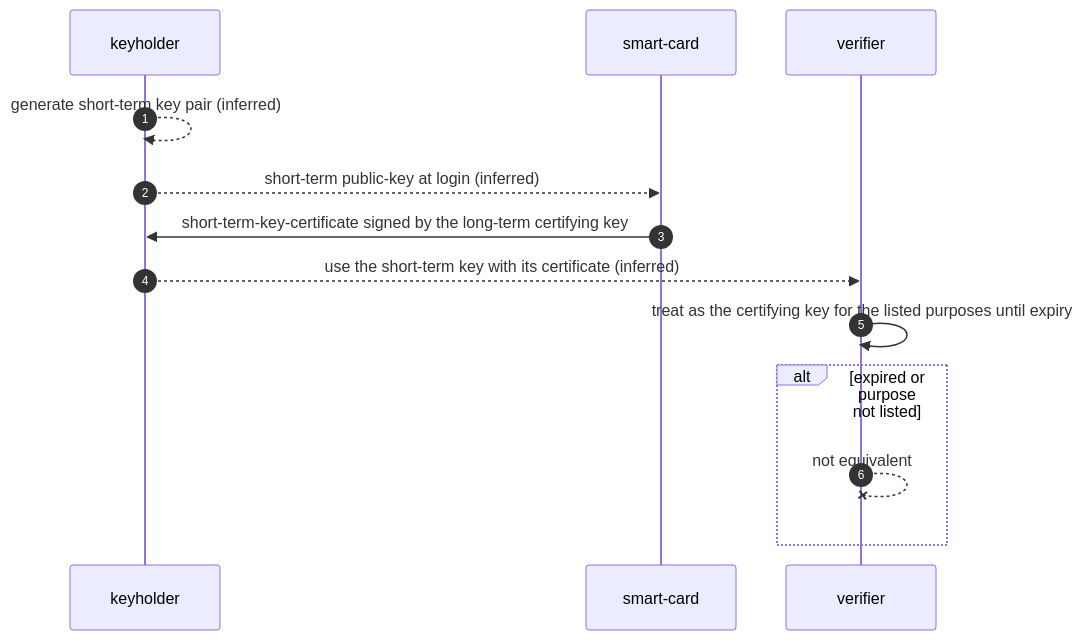
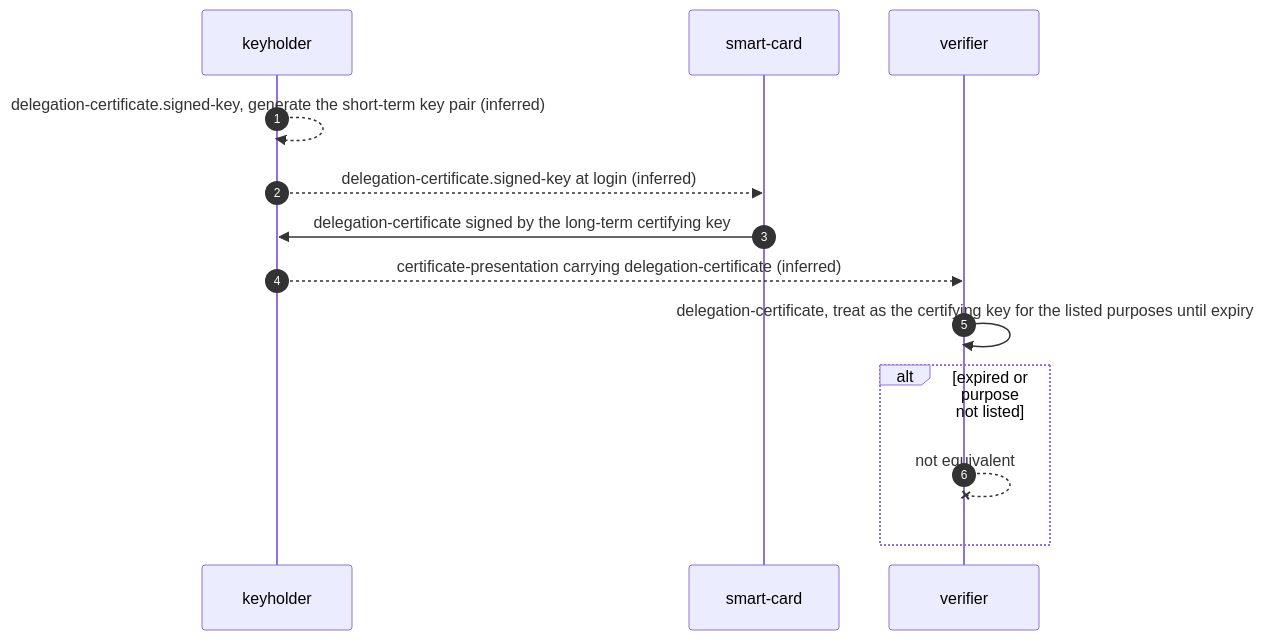
Diagram 16 of 26 in records/ietf/rfc-2692/distilled/protocol.md (m-of-n/library), drawn with Mermaid before and after one commit. The commit also changed other lines of this file and 9 other files, not shown here.

````diff
--- a/records/ietf/rfc-2692/distilled/protocol.md
+++ b/records/ietf/rfc-2692/distilled/protocol.md
@@ -490,15 +502,15 @@
 ```mermaid
 sequenceDiagram
   autonumber
   participant K as keyholder
   participant S as smart-card
   participant V as verifier
-  K-->>K: generate short-term key pair (inferred)
-  K-->>S: short-term public-key at login (inferred)
-  S->>K: short-term-key-certificate signed by the long-term certifying key
-  K-->>V: use the short-term key with its certificate (inferred)
-  V->>V: treat as the certifying key for the listed purposes until expiry
+  K-->>K: delegation-certificate.signed-key, generate the short-term key pair (inferred)
+  K-->>S: delegation-certificate.signed-key at login (inferred)
+  S->>K: delegation-certificate signed by the long-term certifying key
+  K-->>V: certificate-presentation carrying delegation-certificate (inferred)
+  V->>V: delegation-certificate, treat as the certifying key for the listed purposes until expiry
   alt expired or purpose not listed
     V--xV: not equivalent
   end
 ```
````
